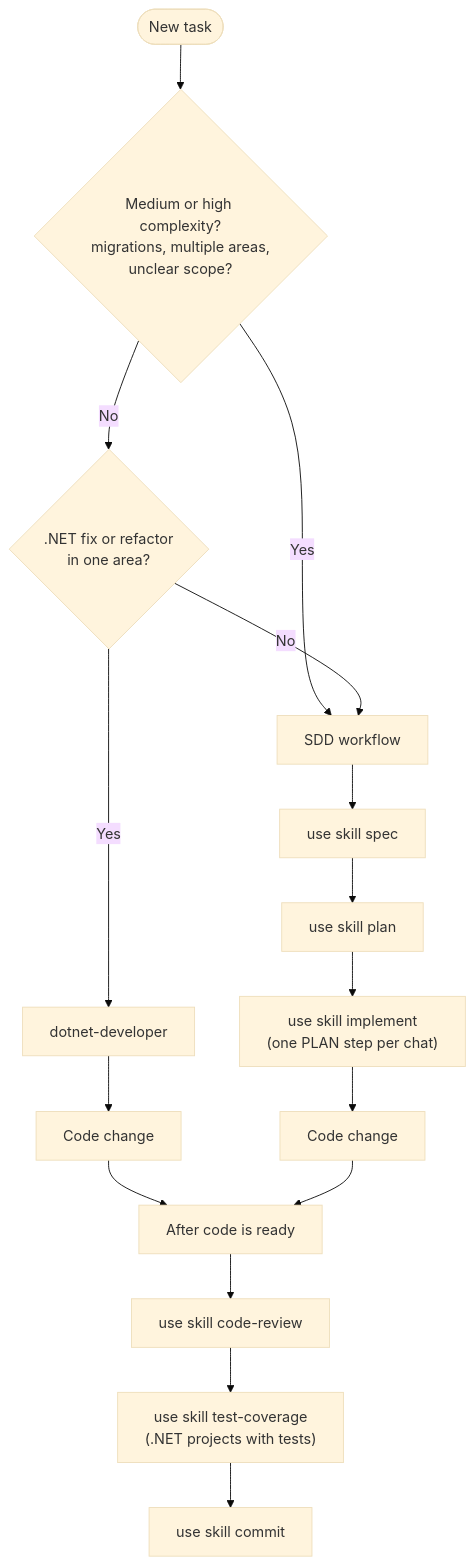
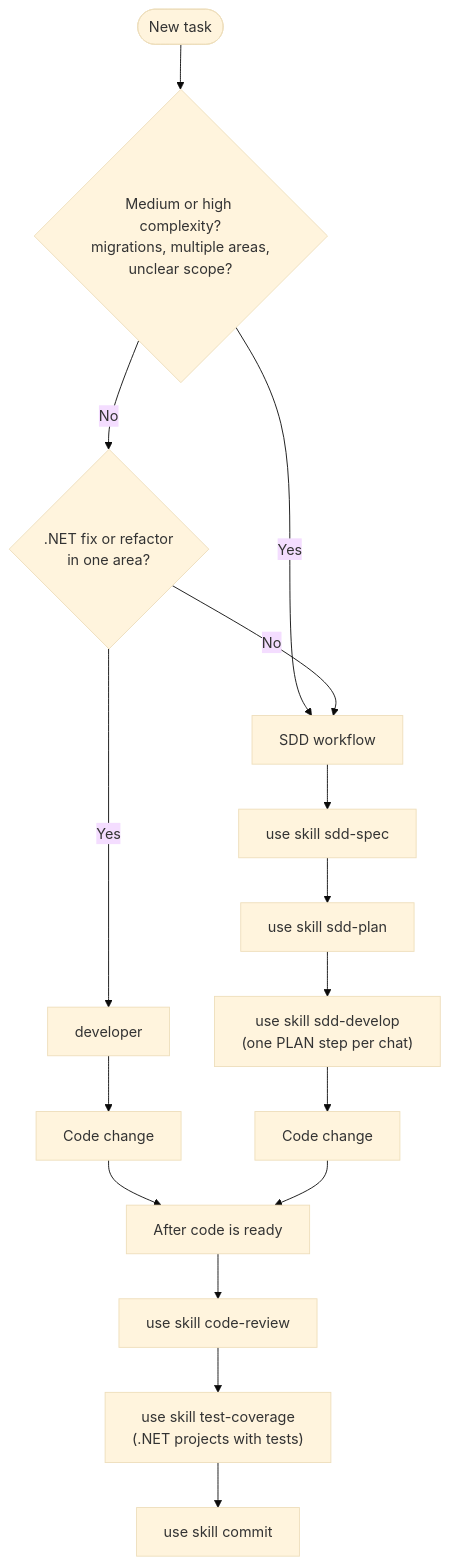
Before and after one commit to tibursocampos/cursor-dev-toolkit: the diagram in docs/guides/README.md, drawn with Mermaid (base theme). The commit also changed other lines of this file and 13 other files, not shown here.

````diff
--- a/docs/guides/README.md
+++ b/docs/guides/README.md
@@ -25,18 +25,18 @@
 ```mermaid
 flowchart TD
   Start([New task]) --> Q1{Medium or high complexity?<br/>migrations, multiple areas,<br/>unclear scope?}
   Q1 -->|Yes| SDD[SDD workflow]
   Q1 -->|No| Q2{.NET fix or refactor<br/>in one area?}
-  Q2 -->|Yes| NET[dotnet-developer]
+  Q2 -->|Yes| NET[developer]
   Q2 -->|No| SDD
-  SDD --> Spec["use skill spec"]
-  Spec --> Plan["use skill plan"]
-  Plan --> Impl["use skill implement<br/>(one PLAN step per chat)"]
+  SDD --> Spec["use skill sdd-spec"]
+  Spec --> Plan["use skill sdd-plan"]
+  Plan --> Impl["use skill sdd-develop<br/>(one PLAN step per chat)"]
   NET --> DoneNet[Code change]
   Impl --> DoneSdd[Code change]
   DoneNet --> Post
   DoneSdd --> Post
   Post[After code is ready] --> CR["use skill code-review"]
   CR --> TC["use skill test-coverage<br/>(.NET projects with tests)"]
   TC --> Commit["use skill commit"]
 ```
````
